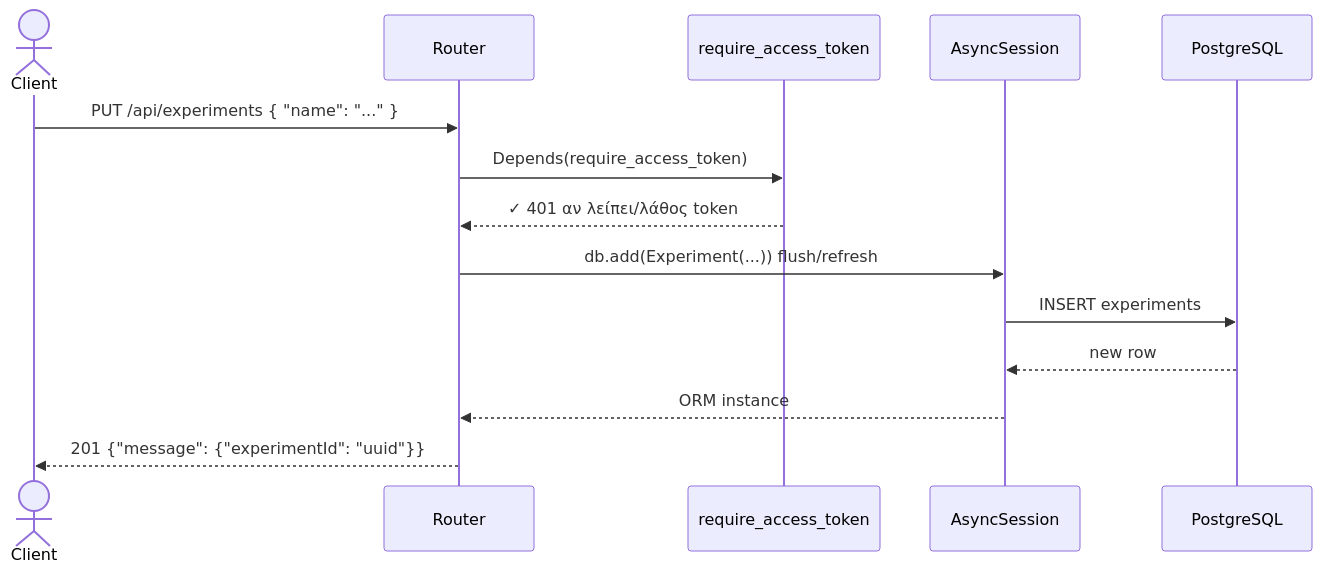
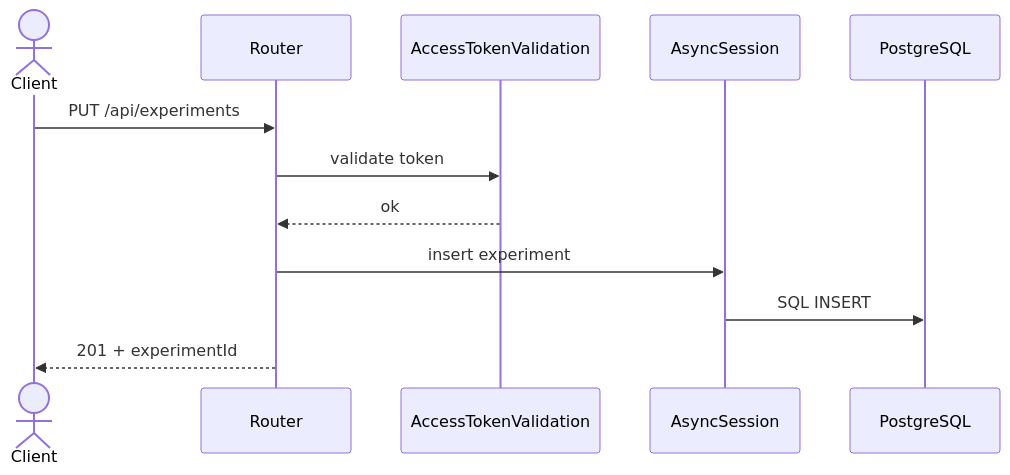
The third of 3 diagrams in docs/GUIDE.md (xampos101/DAL), drawn with Mermaid before and after one commit. The commit also changed other lines of this file and 6 other files, not shown here.

````diff
--- a/docs/GUIDE.md
+++ b/docs/GUIDE.md
@@ -98,17 +32,14 @@
 ```mermaid
 sequenceDiagram
   actor Client
   participant Router
-  participant Auth as require_access_token
+  participant Auth as AccessTokenValidation
   participant DB as AsyncSession
   participant PG as PostgreSQL
-
-  Client->>Router: PUT /api/experiments  { "name": "..." }
-  Router->>Auth: Depends(require_access_token)
-  Auth-->>Router: ✓ 401 αν λείπει/λάθος token
-  Router->>DB: db.add(Experiment(...))  flush/refresh
-  DB->>PG: INSERT experiments
-  PG-->>DB: new row
-  DB-->>Router: ORM instance
-  Router-->>Client: 201  {"message": {"experimentId": "uuid"}}
+  Client->>Router: PUT /api/experiments
+  Router->>Auth: validate token
+  Auth-->>Router: ok
+  Router->>DB: insert experiment
+  DB->>PG: SQL INSERT
+  Router-->>Client: 201 + experimentId
 ```
````
